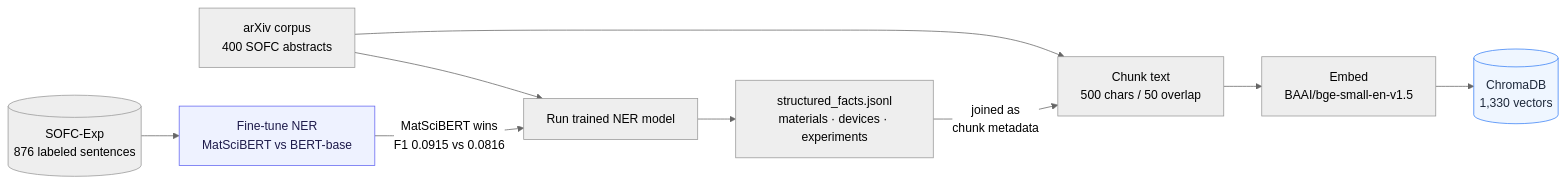
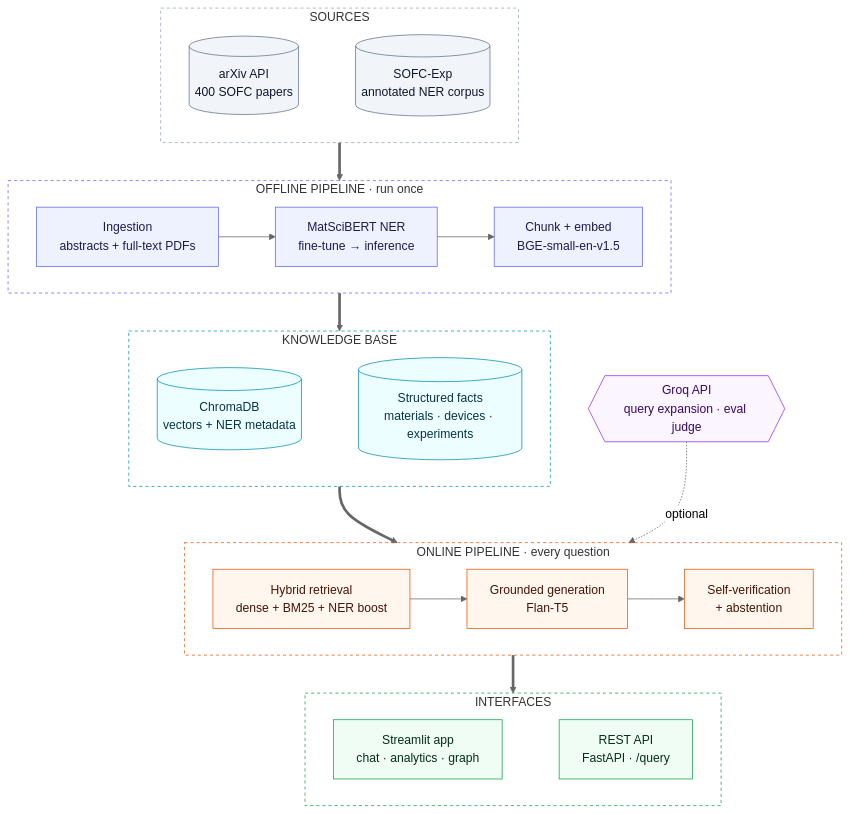
The first of 6 diagrams in README.md (Mahakisore7/MatSci-RAG), drawn with Mermaid (neutral theme) before and after one commit. The commit also changed other lines of this file and 25 other files, not shown here.

````diff
--- a/README.md
+++ b/README.md
@@ -86,14 +87,56 @@
 ```mermaid
-flowchart LR
-    SOFCEXP[("SOFC-Exp<br/>876 labeled sentences")] --> TRAIN["Fine-tune NER<br/>MatSciBERT vs BERT-base"]
-    ARXIV["arXiv corpus<br/>400 SOFC abstracts"] --> INFER["Run trained NER model"]
-    TRAIN -->|"MatSciBERT wins<br/>F1 0.0915 vs 0.0816"| INFER
-    INFER --> FACTS["structured_facts.jsonl<br/>materials · devices · experiments"]
-    ARXIV --> CHUNK["Chunk text<br/>500 chars / 50 overlap"]
-    FACTS -->|"joined as<br/>chunk metadata"| CHUNK
-    CHUNK --> EMBED["Embed<br/>BAAI/bge-small-en-v1.5"]
-    EMBED --> CHROMA[("ChromaDB<br/>1,330 vectors")]
+flowchart TB
+    subgraph SRC["SOURCES"]
+        direction LR
+        ARX[("arXiv API<br/>400 SOFC papers")]
+        EXP[("SOFC-Exp<br/>annotated NER corpus")]
+        ARX ~~~ EXP
+    end
 
-    style TRAIN fill:#eef2ff,stroke:#6366f1,color:#1e1b4b
-    style CHROMA fill:#eff6ff,stroke:#3b82f6,color:#1e293b
+    subgraph OFF["OFFLINE PIPELINE · run once"]
+        direction LR
+        ING["Ingestion<br/>abstracts + full-text PDFs"] --> NER["MatSciBERT NER<br/>fine-tune → inference"] --> IDX["Chunk + embed<br/>BGE-small-en-v1.5"]
+    end
+
+    subgraph KB["KNOWLEDGE BASE"]
+        direction LR
+        CH[("ChromaDB<br/>vectors + NER metadata")]
+        FX[("Structured facts<br/>materials · devices · experiments")]
+        CH ~~~ FX
+    end
+
+    subgraph ON["ONLINE PIPELINE · every question"]
+        direction LR
+        RET["Hybrid retrieval<br/>dense + BM25 + NER boost"] --> GEN["Grounded generation<br/>Flan-T5"] --> VER["Self-verification<br/>+ abstention"]
+    end
+
+    subgraph IF["INTERFACES"]
+        direction LR
+        UI["Streamlit app<br/>chat · analytics · graph"]
+        API["REST API<br/>FastAPI · /query"]
+        UI ~~~ API
+    end
+
+    GROQ{{"Groq API<br/>query expansion · eval judge"}}
+
+    SRC ==> OFF ==> KB ==> ON ==> IF
+    GROQ -. optional .-> ON
+
+    classDef src fill:#f1f5f9,stroke:#64748b,color:#0f172a
+    classDef off fill:#eef2ff,stroke:#6366f1,color:#1e1b4b
+    classDef kb fill:#ecfeff,stroke:#0891b2,color:#083344
+    classDef on fill:#fff7ed,stroke:#ea580c,color:#431407
+    classDef ifc fill:#f0fdf4,stroke:#16a34a,color:#052e16
+    classDef ext fill:#faf5ff,stroke:#9333ea,color:#3b0764
+    class ARX,EXP src
+    class NER,ING,IDX off
+    class CH,FX kb
+    class RET,GEN,VER on
+    class UI,API ifc
+    class GROQ ext
+    style SRC fill:transparent,stroke:#94a3b8,stroke-dasharray:4 4
+    style OFF fill:transparent,stroke:#6366f1,stroke-dasharray:4 4
+    style KB fill:transparent,stroke:#0891b2,stroke-dasharray:4 4
+    style ON fill:transparent,stroke:#ea580c,stroke-dasharray:4 4
+    style IF fill:transparent,stroke:#16a34a,stroke-dasharray:4 4
 ```
````
